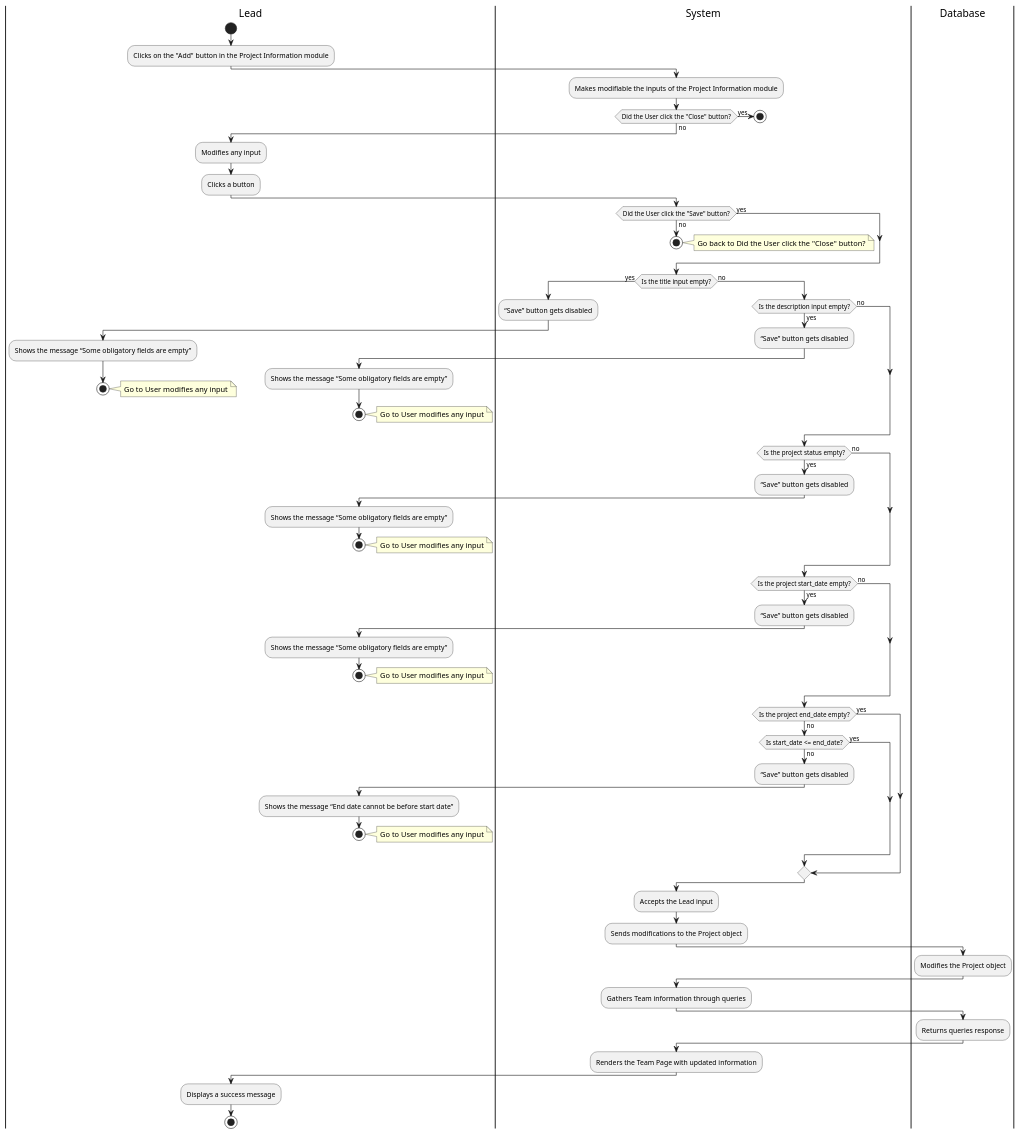
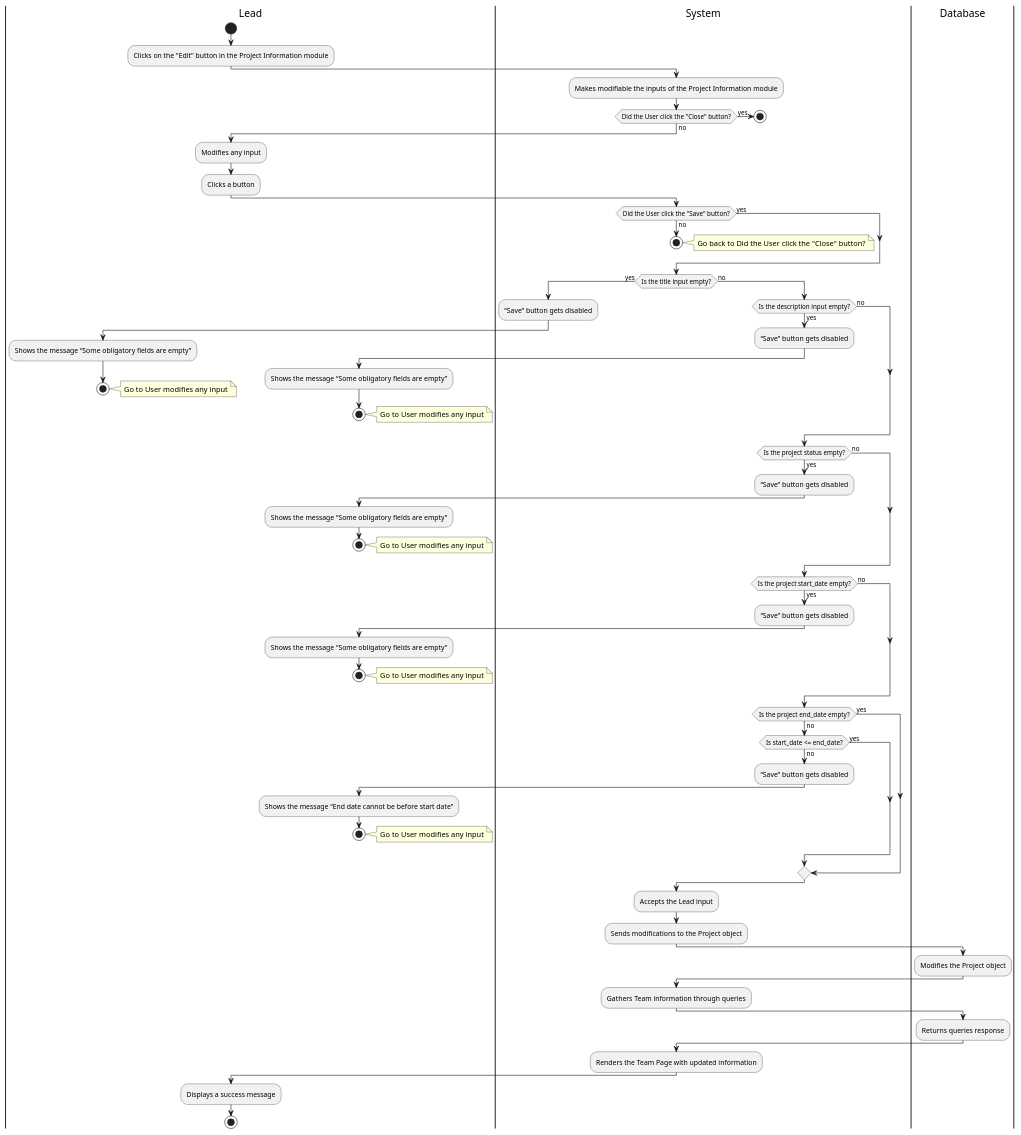
One commit to Berthou05/LimboSoftwareDevelopment_Change.org changed the diagram in documentation/activity_diagrams/PROJ-02-ActivityDiagram.puml. Above: the diagram before and after it, drawn with PlantUML. The commit also changed 7 other files, not shown here.

```diff
--- a/documentation/activity_diagrams/PROJ-02-ActivityDiagram.puml
+++ b/documentation/activity_diagrams/PROJ-02-ActivityDiagram.puml
@@ -1,107 +1,107 @@
 @startuml
 
 |Lead|
 start
-:Clicks on the "Add" button in the Project Information module;
+:Clicks on the "Edit" button in the Project Information module;
 |System|
 :Makes modifiable the inputs of the Project Information module;
 if(Did the User click the "Close" button?) is (yes) then
     stop
 else(no)
 end if
 
 |Lead|
 :Modifies any input;
 :Clicks a button;
 |System|
 if(Did the User click the "Save" button?) is (yes) then
 else(no)
     stop
     note right
         Go back to Did the User click the "Close" button?
     end note
 end if
 |System|
 if(Is the title input empty?) is (yes) then
     |System|
     :“Save” button gets disabled;
     |Lead|
     :Shows the message “Some obligatory fields are empty”;
     stop
     note right
         Go to User modifies any input
     end note
     |System|
 else(no)
     if(Is the description input empty?) is (yes) then
         |System|
         :“Save” button gets disabled;
         |Lead|
         :Shows the message “Some obligatory fields are empty”;
         stop
         note right
             Go to User modifies any input
         end note
         |System|
     else(no)
     end if
         if(Is the project status empty?) is (yes) then
             |System|
             :“Save” button gets disabled;
             |Lead|
             :Shows the message “Some obligatory fields are empty”;
             stop
             note right
                 Go to User modifies any input
             end note
             |System|
         else(no)
         end if
 
         if(Is the project start_date empty?) is (yes) then
             |System|
             :“Save” button gets disabled;
             |Lead|
             :Shows the message “Some obligatory fields are empty”;
             stop
             note right
                 Go to User modifies any input
             end note
             |System|
         else(no)
         end if
 
         if(Is the project end_date empty?) is (no) then
             |System|
             if(Is start_date <= end_date?) is (no) then
                 |System|
                 :“Save” button gets disabled;
                 |Lead|
                 :Shows the message “End date cannot be before start date”;
                 stop
                 note right
                     Go to User modifies any input
                 end note
                 |System|
             else(yes)
             end if
         else(yes)
         end if
     end if
 |System|
 :Accepts the Lead input;
 :Sends modifications to the Project object;
 |Database|
 :Modifies the Project object;
 |System|
 :Gathers Team information through queries;
 |Database|
 :Returns queries response;
 |System|
 :Renders the Team Page with updated information;
 |Lead|
 :Displays a success message;
 stop
 
 
 @enduml
```
